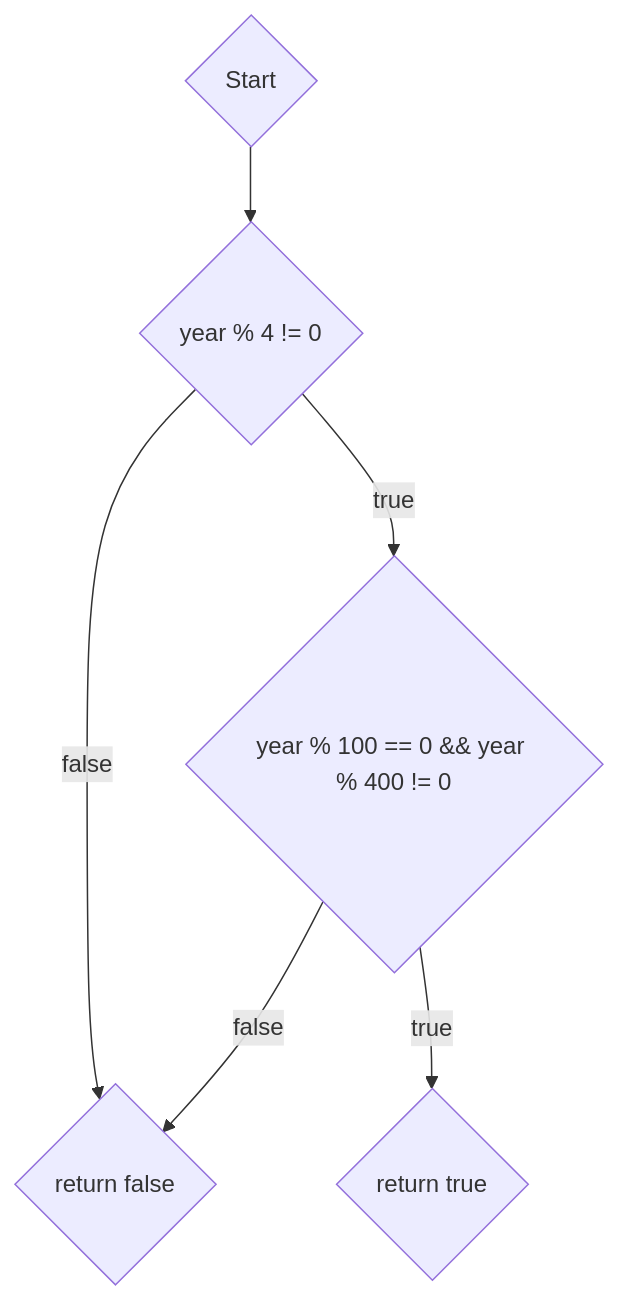
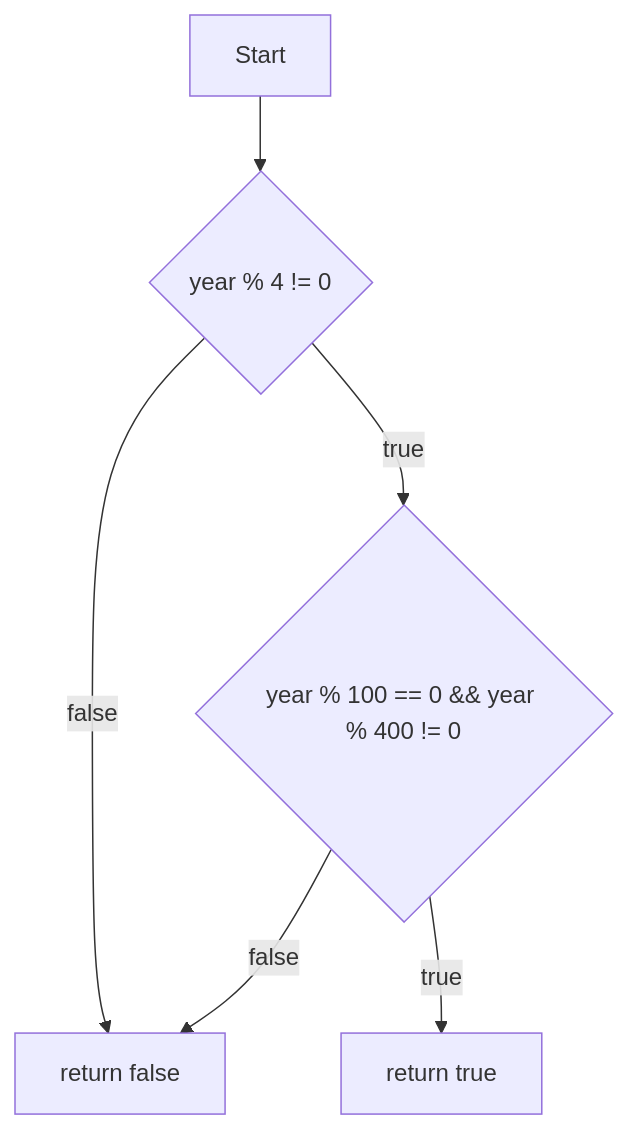
One commit to tkjelds/BDSA_Assignment0 changed the diagram in Documentation/LeapYearFlowchart.md. Above: the diagram before and after it, drawn with Mermaid.

Commit message:
quick fix for flowchart

```diff
--- a/Documentation/LeapYearFlowchart.md
+++ b/Documentation/LeapYearFlowchart.md
@@ -1,8 +1,8 @@
 :::mermaid
 graph TD
-A{Start}-->B{year % 4 != 0};
-B-->|false|C{return false};
+A[Start]-->B{year % 4 != 0};
+B-->|false|C[return false];
 B-->|true|D{year % 100 == 0 && year % 400 != 0};
 D-->|false|C;;
-D-->|true|E{return true};;
+D-->|true|E[return true];;
 :::
```
